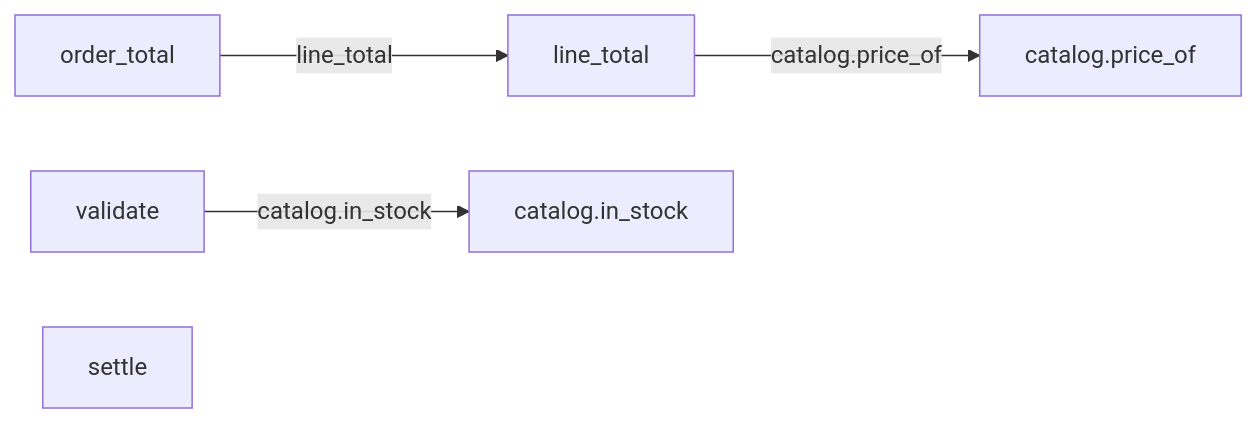
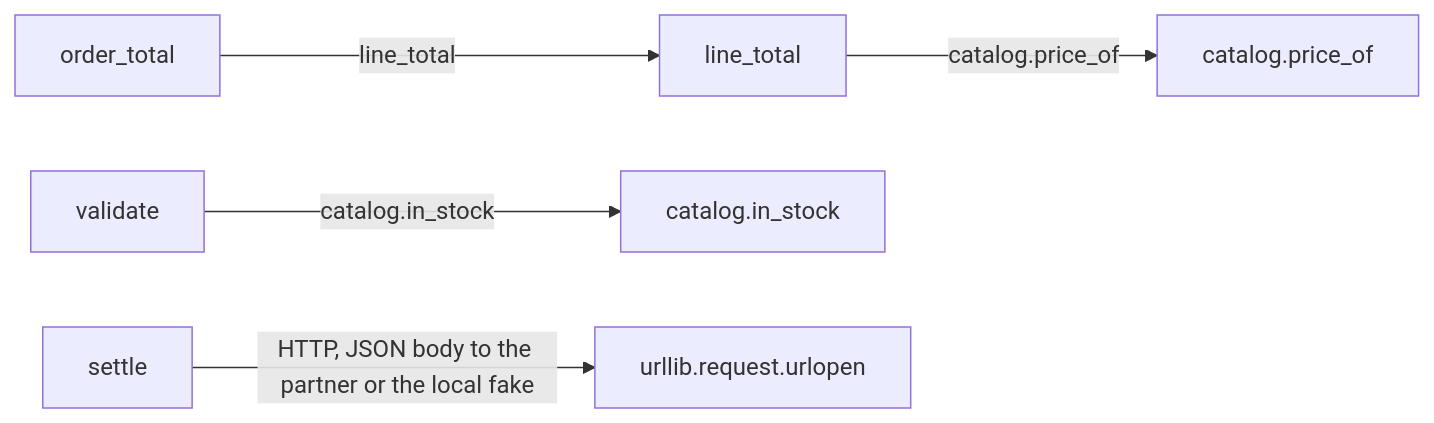
The diagram in codebase-analysis/lld/orders/orders.md (vishalc412/bible-mode-b-test), drawn with Mermaid before and after one commit. The commit also changed 38 other files, not shown here.

````diff
--- a/codebase-analysis/lld/orders/orders.md
+++ b/codebase-analysis/lld/orders/orders.md
@@ -36,12 +36,14 @@
 ```mermaid
 flowchart LR
-  lineTotal["line_total"]
-  orderTotal["order_total"]
+  linetotal["line_total"]
+  ordertotal["order_total"]
   validate["validate"]
   settle["settle"]
-  catalogPrice["catalog.price_of"]
-  catalogStock["catalog.in_stock"]
-  lineTotal -->|"catalog.price_of"| catalogPrice
-  orderTotal -->|"line_total"| lineTotal
-  validate -->|"catalog.in_stock"| catalogStock
+  catalogprice["catalog.price_of"]
+  catalogstock["catalog.in_stock"]
+  urlopen["urllib.request.urlopen"]
+  linetotal -->|"catalog.price_of"| catalogprice
+  ordertotal -->|"line_total"| linetotal
+  validate -->|"catalog.in_stock"| catalogstock
+  settle -->|"HTTP, JSON body to the partner or the local fake"| urlopen
 ```
````
